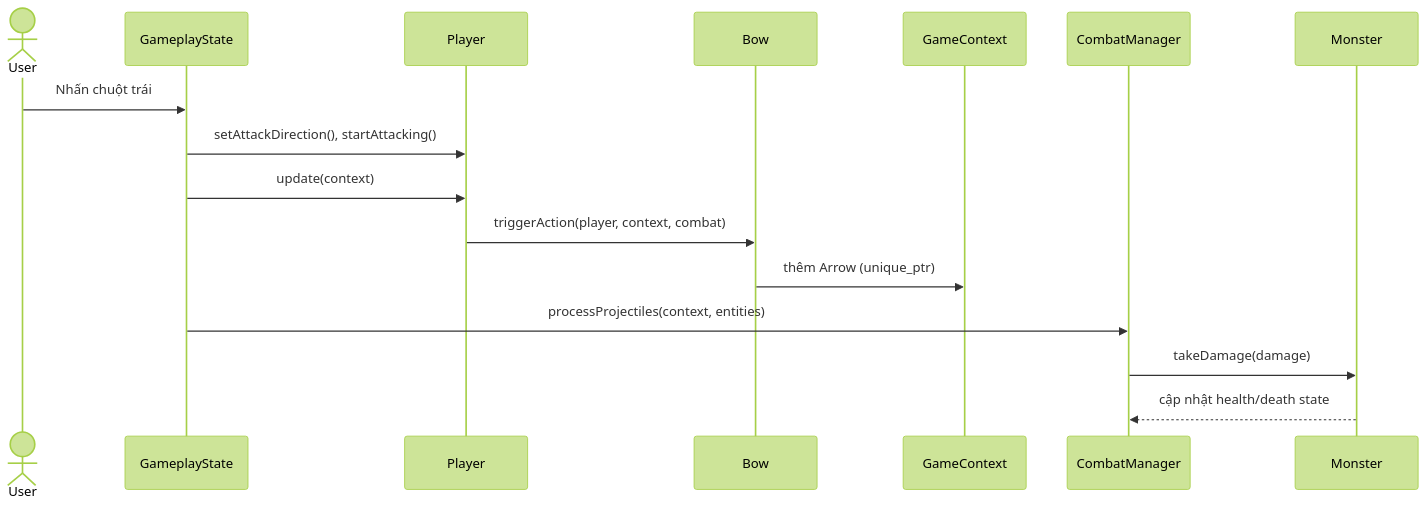
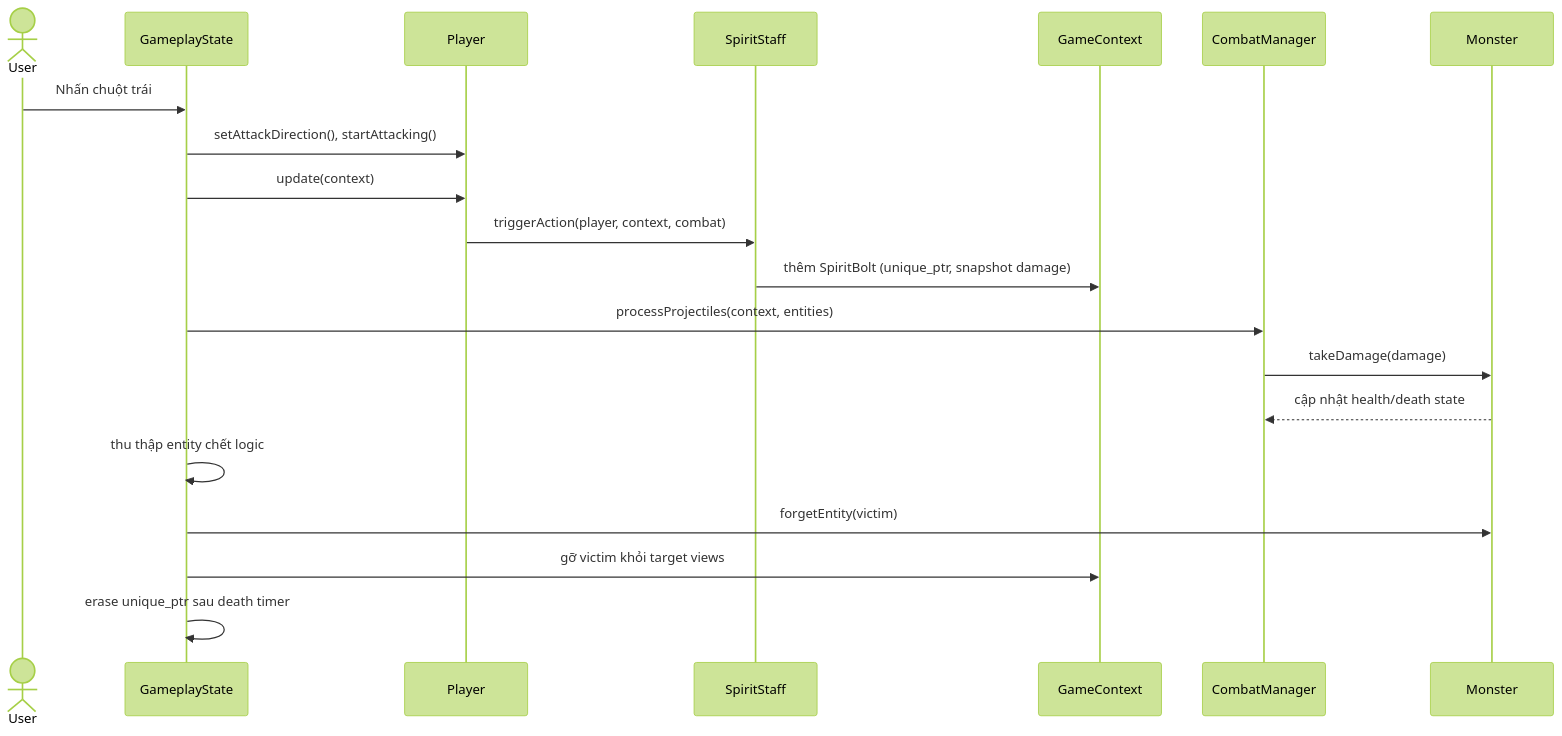
One commit to nhmhieu/Eternal-Siege changed the second of 2 diagrams in docs/architecture.md. Above: the diagram before and after it, drawn with Mermaid (forest theme). The commit also changed other lines of this file and 149 other files, not shown here.

````diff
--- a/docs/architecture.md
+++ b/docs/architecture.md
@@ -108,19 +135,23 @@
 ```mermaid
 sequenceDiagram
     actor User
     participant Gameplay as GameplayState
     participant Player
-    participant Bow
+    participant Staff as SpiritStaff
     participant Context as GameContext
     participant Combat as CombatManager
     participant Monster
 
     User->>Gameplay: Nhấn chuột trái
     Gameplay->>Player: setAttackDirection(), startAttacking()
     Gameplay->>Player: update(context)
-    Player->>Bow: triggerAction(player, context, combat)
-    Bow->>Context: thêm Arrow (unique_ptr)
+    Player->>Staff: triggerAction(player, context, combat)
+    Staff->>Context: thêm SpiritBolt (unique_ptr, snapshot damage)
     Gameplay->>Combat: processProjectiles(context, entities)
     Combat->>Monster: takeDamage(damage)
     Monster-->>Combat: cập nhật health/death state
+    Gameplay->>Gameplay: thu thập entity chết logic
+    Gameplay->>Monster: forgetEntity(victim)
+    Gameplay->>Context: gỡ victim khỏi target views
+    Gameplay->>Gameplay: erase unique_ptr sau death timer
 ```
````
